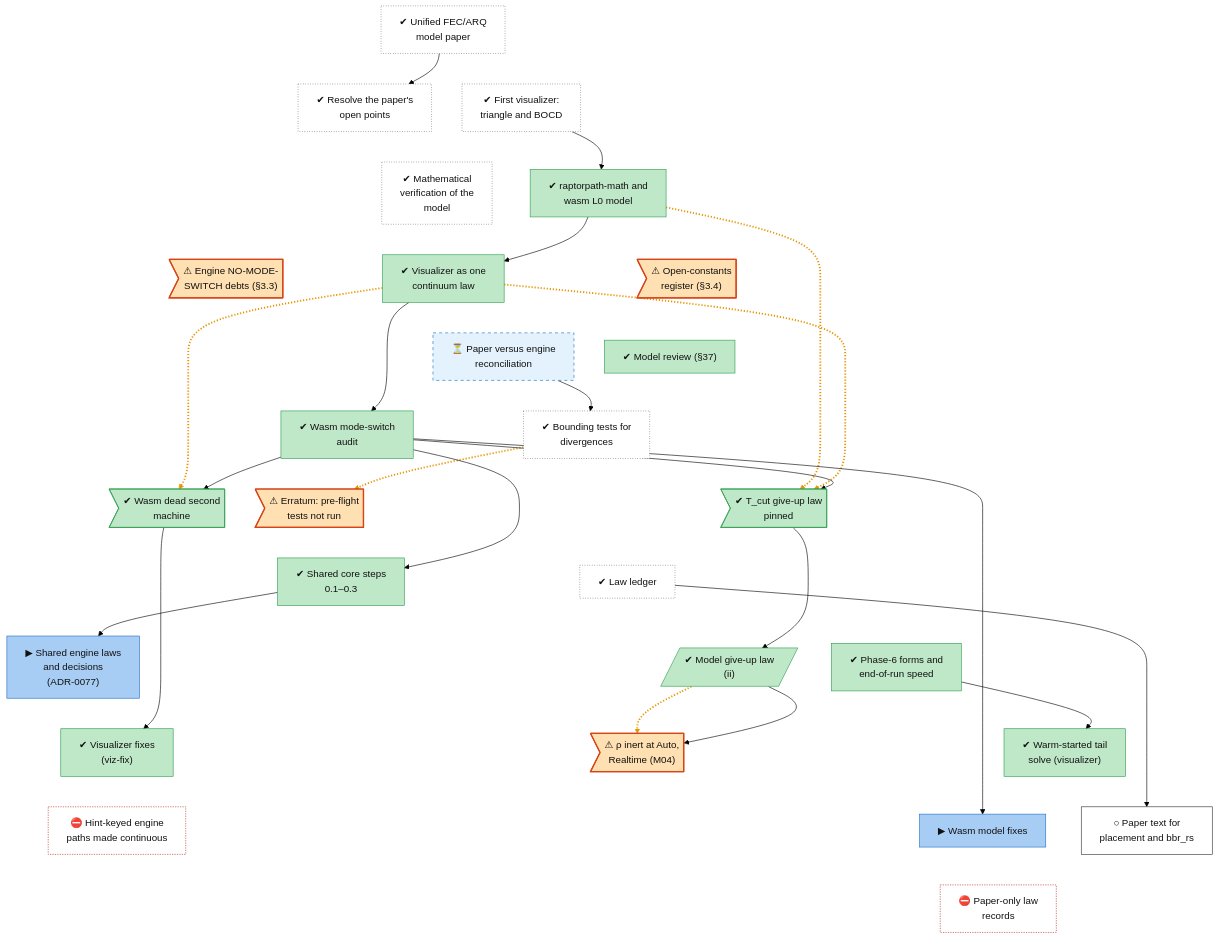
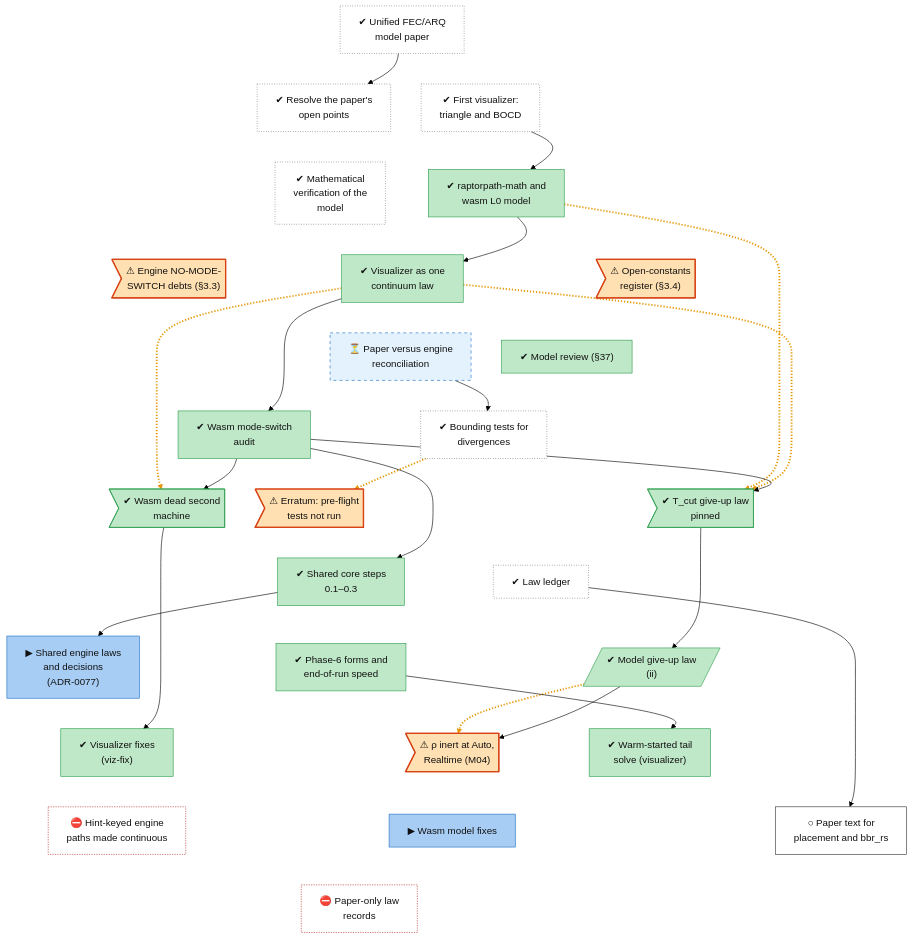
The diagram in docs/roadmap/tracks/model.md (lhns/raptorpath), drawn with Mermaid (forest theme) before and after one commit. The commit also changed other lines of this file and 8 other files, not shown here.

First line of the commit message:
roadmap: T_cut fix note precise, rate-law reconcile waits on the P_fec oracle, goal #101 title

```diff
--- a/docs/roadmap/tracks/model.md
+++ b/docs/roadmap/tracks/model.md
@@ -84,7 +84,6 @@
     model_defect_dead_machine --> model_viz_fix
     model_giveup_law --> model_defect_rho_inert
     model_endspeed --> model_warm_start
-    model_wasm_audit --> model_wasm_fixes
     model_law_ledger --> model_fix_paper_p2
     linkStyle 32,34,35,37,44 stroke:#e69500,stroke-width:3px,stroke-dasharray:2 3
     classDef vsucc fill:#2e9e4f,stroke:#1b6b34,color:#fff
```
